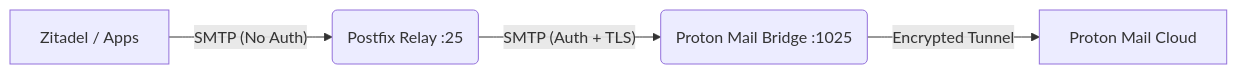
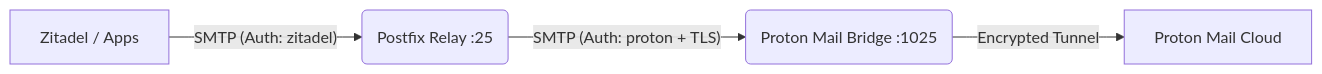
Before and after one commit to KyleHub-Dev/ops-stack: the diagram in services/mail/README.md, drawn with Mermaid. The commit also changed other lines of this file and 3 other files, not shown here.

````diff
--- a/services/mail/README.md
+++ b/services/mail/README.md
@@ -28,6 +29,6 @@
 ```mermaid
 graph LR
-    A[Zitadel / Apps] -- SMTP (No Auth) --> B(Postfix Relay :25)
-    B -- SMTP (Auth + TLS) --> C(Proton Mail Bridge :1025)
+    A[Zitadel / Apps] -- SMTP (Auth: zitadel) --> B(Postfix Relay :25)
+    B -- SMTP (Auth: proton + TLS) --> C(Proton Mail Bridge :1025)
     C -- Encrypted Tunnel --> D[Proton Mail Cloud]
 ```
````
